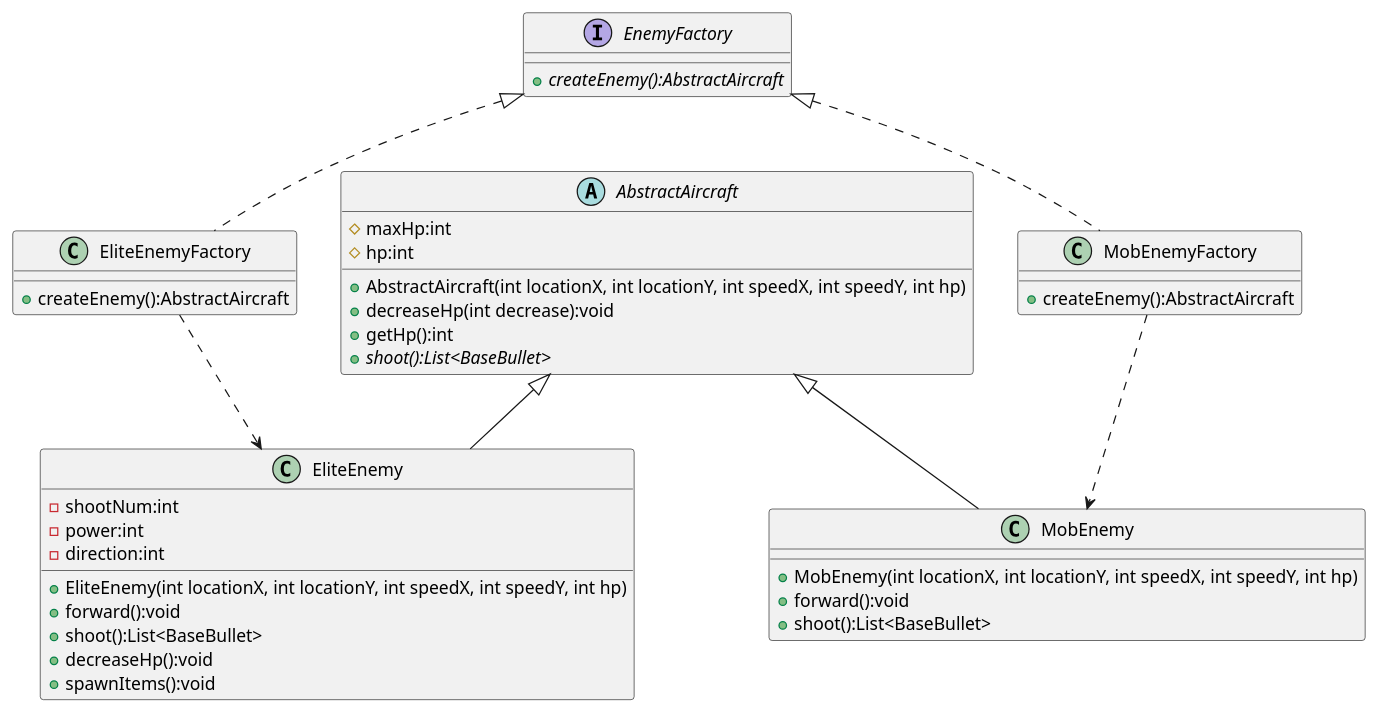
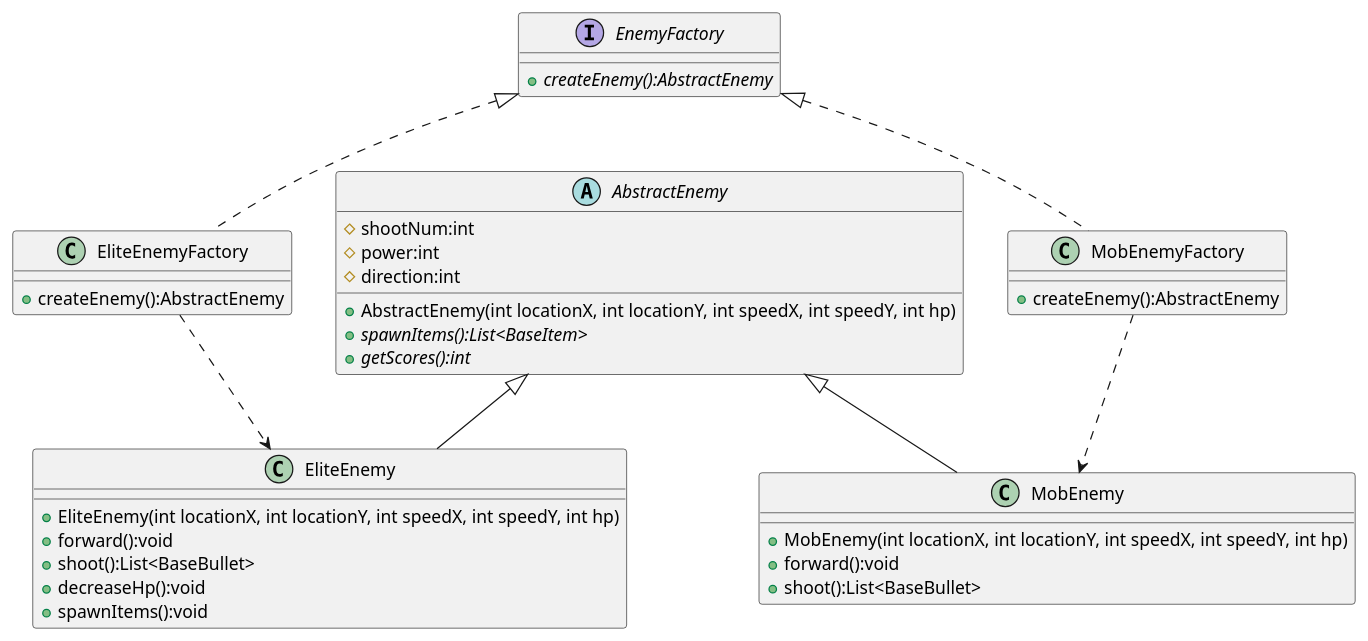
The diagram in uml/EnemyFactory.puml (ZhouYuan307/AircraftWar), drawn with PlantUML before and after one commit. The commit also changed 17 other files, not shown here.

```diff
--- a/uml/EnemyFactory.puml
+++ b/uml/EnemyFactory.puml
@@ -1,48 +1,45 @@
 @startuml
 'https://plantuml.com/class-diagram
-abstract class AbstractAircraft
+abstract class AbstractEnemy
 {
-	# maxHp:int
-    # hp:int
-    + AbstractAircraft(int locationX, int locationY, int speedX, int speedY, int hp)
-    + decreaseHp(int decrease):void
-    + getHp():int
-    + {abstract} shoot():List<BaseBullet>
+    # shootNum:int
+    # power:int
+    # direction:int
+    + AbstractEnemy(int locationX, int locationY, int speedX, int speedY, int hp)
+    + {abstract} spawnItems():List<BaseItem>
+    + {abstract} getScores():int
  }
 
 interface EnemyFactory {
-    +{abstract}createEnemy():AbstractAircraft
+    +{abstract}createEnemy():AbstractEnemy
 }
 
 class EliteEnemyFactory{
-    +createEnemy():AbstractAircraft
+    +createEnemy():AbstractEnemy
 }
 EnemyFactory <|.. EliteEnemyFactory
 
 class MobEnemyFactory{
-    +createEnemy():AbstractAircraft
+    +createEnemy():AbstractEnemy
 }
 EnemyFactory <|.. MobEnemyFactory
 
 class EliteEnemy {
-    - shootNum:int
-    - power:int
-    - direction:int
     + EliteEnemy(int locationX, int locationY, int speedX, int speedY, int hp)
     + forward():void
     + shoot():List<BaseBullet>
     + decreaseHp():void
     + spawnItems():void
 }
 EliteEnemyFactory ..> EliteEnemy
-AbstractAircraft <|-- EliteEnemy
+AbstractEnemy <|-- EliteEnemy
 
 
 class MobEnemy {
     + MobEnemy(int locationX, int locationY, int speedX, int speedY, int hp)
     + forward():void
     + shoot():List<BaseBullet>
 }
 MobEnemyFactory ..> MobEnemy
-AbstractAircraft <|-- MobEnemy
+AbstractEnemy <|-- MobEnemy
 @enduml
```
